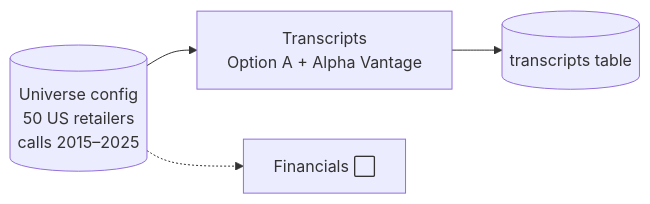
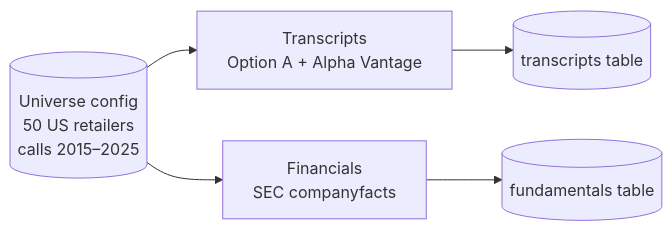
Before and after one commit to madBit10/spin-detector: the first of 4 diagrams in docs/DESIGN.md, drawn with Mermaid. The commit also changed other lines of this file and 3 other files, not shown here.

Commit message:
Lock Decisions 2b (financials); add flow guide and interview notes

````diff
--- a/docs/DESIGN.md
+++ b/docs/DESIGN.md
@@ -27,6 +27,7 @@
 ```mermaid
 flowchart LR
     U[(Universe config<br/>50 US retailers<br/>calls 2015–2025)] --> TR[Transcripts<br/>Option A + Alpha Vantage]
     TR --> TT[(transcripts table)]
-    U -.-> F[Financials ⬜]
+    U --> F[Financials<br/>SEC companyfacts]
+    F --> FT[(fundamentals table)]
 ```
````
